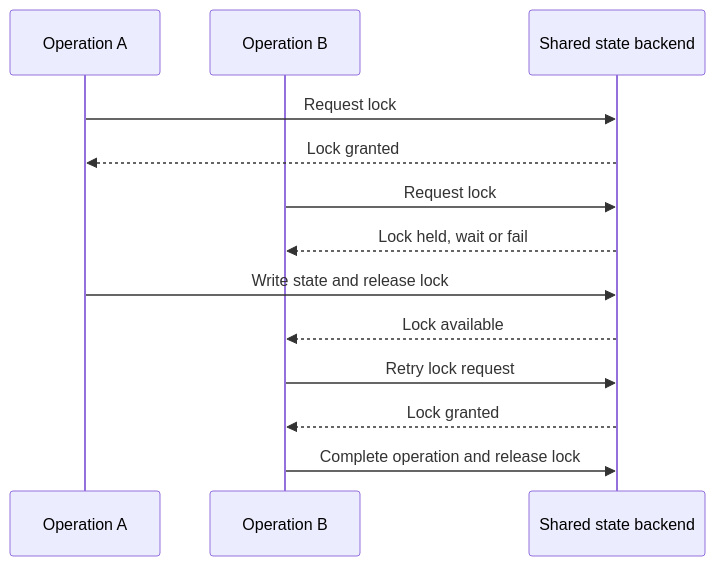
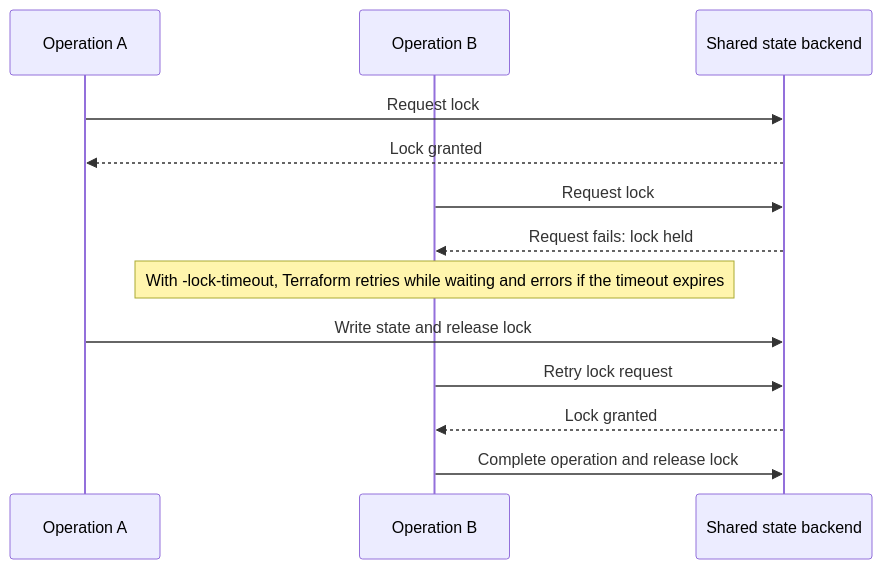
One commit to OpalBolt/Hashicorp-Katas changed the second of 3 diagrams in docs/slices/terraform/02-state.md. Above: the diagram before and after it, drawn with Mermaid.

Commit message:
docs(terraform): correct locking diagram
The previous sequence implied that the backend notifies waiting clients.
Terraform retries lock requests only when a lock timeout is configured.

````diff
--- a/docs/slices/terraform/02-state.md
+++ b/docs/slices/terraform/02-state.md
@@ -50,15 +50,15 @@
 ```mermaid
 sequenceDiagram
   participant A as Operation A
   participant B as Operation B
   participant S as Shared state backend
   A->>S: Request lock
   S-->>A: Lock granted
   B->>S: Request lock
-  S-->>B: Lock held, wait or fail
+  S-->>B: Request fails: lock held
+  Note over B: With -lock-timeout, Terraform retries while waiting and errors if the timeout expires
   A->>S: Write state and release lock
-  S-->>B: Lock available
   B->>S: Retry lock request
   S-->>B: Lock granted
   B->>S: Complete operation and release lock
 ```
````
